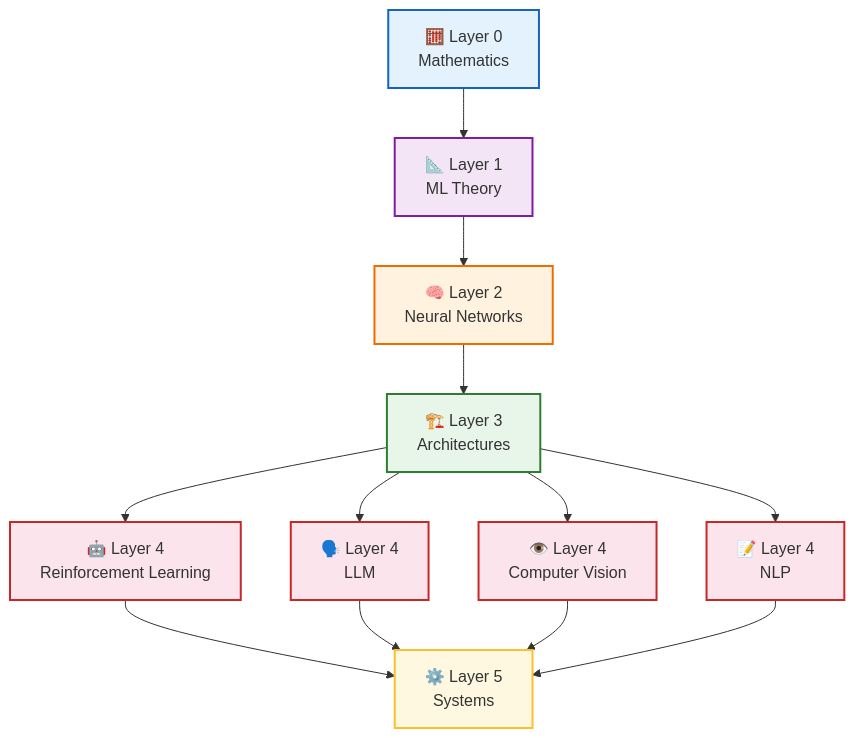
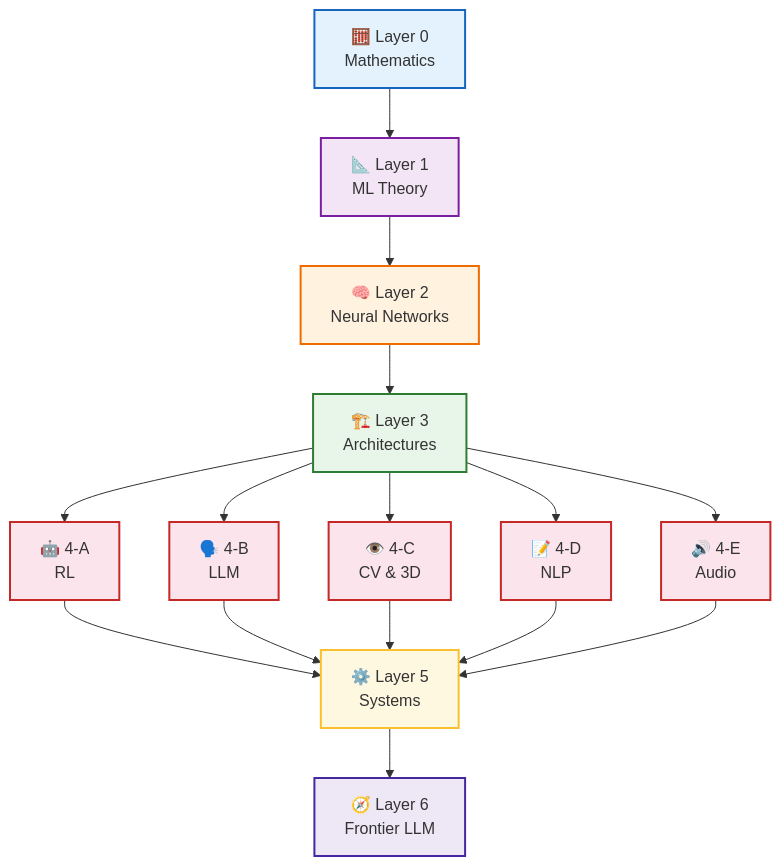
Before and after one commit to iq-ai-lab/.github: the first of 2 diagrams in profile/README.md, drawn with Mermaid. The commit also changed other lines of this file, not shown here.

````diff
--- a/profile/README.md
+++ b/profile/README.md
@@ -24,34 +24,31 @@
 ```mermaid
 graph TD
-    M0["🧮 Layer 0\nMathematics"]
-    M1["📐 Layer 1\nML Theory"]
-    M2["🧠 Layer 2\nNeural Networks"]
-    M3["🏗️ Layer 3\nArchitectures"]
-    M4A["🤖 Layer 4\nReinforcement Learning"]
-    M4B["🗣️ Layer 4\nLLM"]
-    M4C["👁️ Layer 4\nComputer Vision"]
-    M4D["📝 Layer 4\nNLP"]
-    M5["⚙️ Layer 5\nSystems"]
+    M0["🧮 Layer 0<br/>Mathematics"]
+    M1["📐 Layer 1<br/>ML Theory"]
+    M2["🧠 Layer 2<br/>Neural Networks"]
+    M3["🏗️ Layer 3<br/>Architectures"]
+    M4A["🤖 4-A<br/>RL"]
+    M4B["🗣️ 4-B<br/>LLM"]
+    M4C["👁️ 4-C<br/>CV & 3D"]
+    M4D["📝 4-D<br/>NLP"]
+    M4E["🔊 4-E<br/>Audio"]
+    M5["⚙️ Layer 5<br/>Systems"]
+    M6["🧭 Layer 6<br/>Frontier LLM"]
 
-    M0 --> M1
-    M1 --> M2
-    M2 --> M3
-    M3 --> M4A
-    M3 --> M4B
-    M3 --> M4C
-    M3 --> M4D
-    M4A --> M5
-    M4B --> M5
-    M4C --> M5
-    M4D --> M5
+    M0 --> M1 --> M2 --> M3
+    M3 --> M4A & M4B & M4C & M4D & M4E
+    M4A & M4B & M4C & M4D & M4E --> M5
+    M5 --> M6
 
     style M0 fill:#e3f2fd,stroke:#1565c0,stroke-width:2px
     style M1 fill:#f3e5f5,stroke:#7b1fa2,stroke-width:2px
     style M2 fill:#fff3e0,stroke:#ef6c00,stroke-width:2px
     style M3 fill:#e8f5e9,stroke:#2e7d32,stroke-width:2px
     style M4A fill:#fce4ec,stroke:#c62828,stroke-width:2px
     style M4B fill:#fce4ec,stroke:#c62828,stroke-width:2px
     style M4C fill:#fce4ec,stroke:#c62828,stroke-width:2px
     style M4D fill:#fce4ec,stroke:#c62828,stroke-width:2px
+    style M4E fill:#fce4ec,stroke:#c62828,stroke-width:2px
     style M5 fill:#fff8e1,stroke:#fbc02d,stroke-width:2px
+    style M6 fill:#ede7f6,stroke:#4527a0,stroke-width:2px
 ```
````
